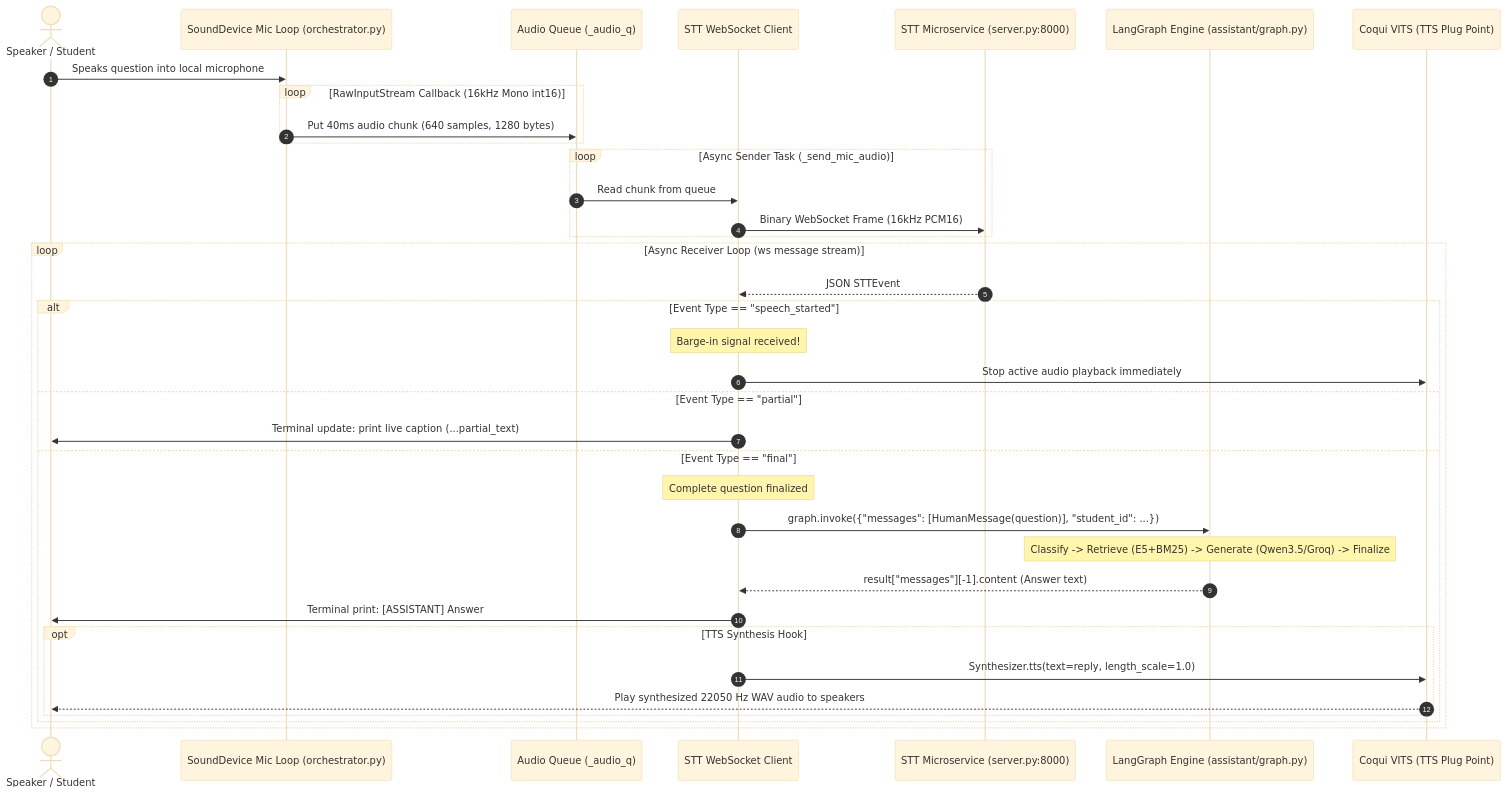
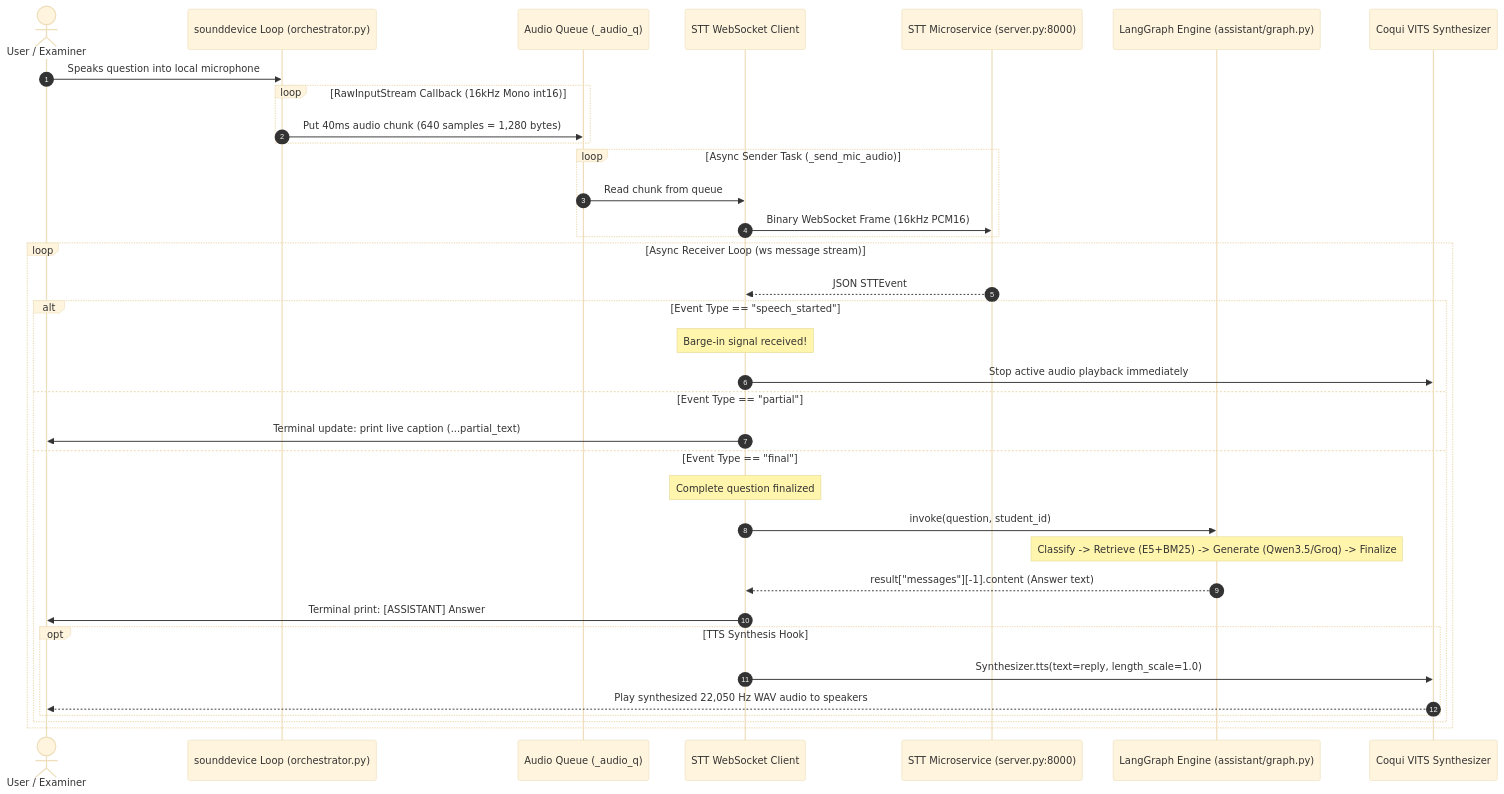
One commit to Punyansh26/minorprojectsem5 changed the fourth of 4 diagrams in idea/presentation/working/02-request-to-response-master.md. Above: the diagram before and after it, drawn with Mermaid (base theme). The commit also changed other lines of this file and 14 other files, not shown here.

First line of the commit message:
Refactor web client specifications and architecture decisions for clarity and detail

````diff
--- a/idea/presentation/working/02-request-to-response-master.md
+++ b/idea/presentation/working/02-request-to-response-master.md
@@ -286,41 +219,41 @@
 ```mermaid
 sequenceDiagram
     autonumber
-    actor User as Speaker / Student
-    participant Mic as SoundDevice Mic Loop (orchestrator.py)
+    actor Speaker as User / Examiner
+    participant Mic as sounddevice Loop (orchestrator.py)
     participant Q as Audio Queue (_audio_q)
     participant WS as STT WebSocket Client
     participant STT as STT Microservice (server.py:8000)
     participant Graph as LangGraph Engine (assistant/graph.py)
-    participant TTS as Coqui VITS (TTS Plug Point)
+    participant TTS as Coqui VITS Synthesizer
 
-    User->>Mic: Speaks question into local microphone
+    Speaker->>Mic: Speaks question into local microphone
     loop RawInputStream Callback (16kHz Mono int16)
-        Mic->>Q: Put 40ms audio chunk (640 samples, 1280 bytes)
+        Mic->>Q: Put 40ms audio chunk (640 samples = 1,280 bytes)
     end
 
     loop Async Sender Task (_send_mic_audio)
         Q->>WS: Read chunk from queue
         WS->>STT: Binary WebSocket Frame (16kHz PCM16)
     end
 
     loop Async Receiver Loop (ws message stream)
         STT-->>WS: JSON STTEvent
         alt Event Type == "speech_started"
             Note over WS: Barge-in signal received!
             WS->>TTS: Stop active audio playback immediately
         else Event Type == "partial"
-            WS->>User: Terminal update: print live caption (...partial_text)
+            WS->>Speaker: Terminal update: print live caption (...partial_text)
         else Event Type == "final"
             Note over WS: Complete question finalized
-            WS->>Graph: graph.invoke({"messages": [HumanMessage(question)], "student_id": ...})
+            WS->>Graph: invoke(question, student_id)
             Note over Graph: Classify -> Retrieve (E5+BM25) -> Generate (Qwen3.5/Groq) -> Finalize
             Graph-->>WS: result["messages"][-1].content (Answer text)
-            WS->>User: Terminal print: [ASSISTANT] Answer
+            WS->>Speaker: Terminal print: [ASSISTANT] Answer
             opt TTS Synthesis Hook
                 WS->>TTS: Synthesizer.tts(text=reply, length_scale=1.0)
-                TTS-->>User: Play synthesized 22050 Hz WAV audio to speakers
+                TTS-->>Speaker: Play synthesized 22,050 Hz WAV audio to speakers
             end
         end
     end
 ```
````
